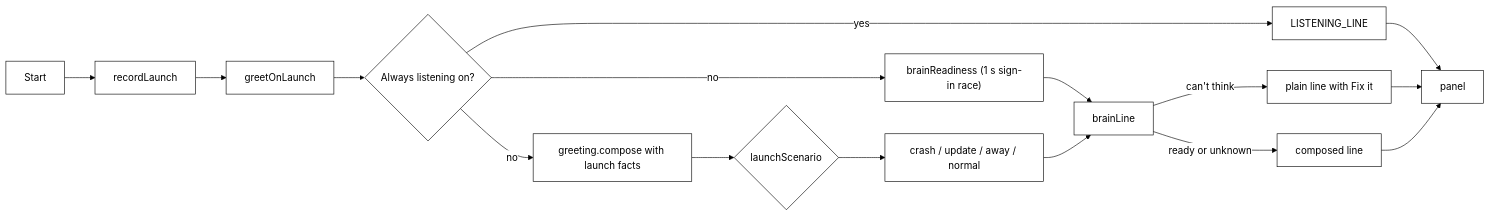
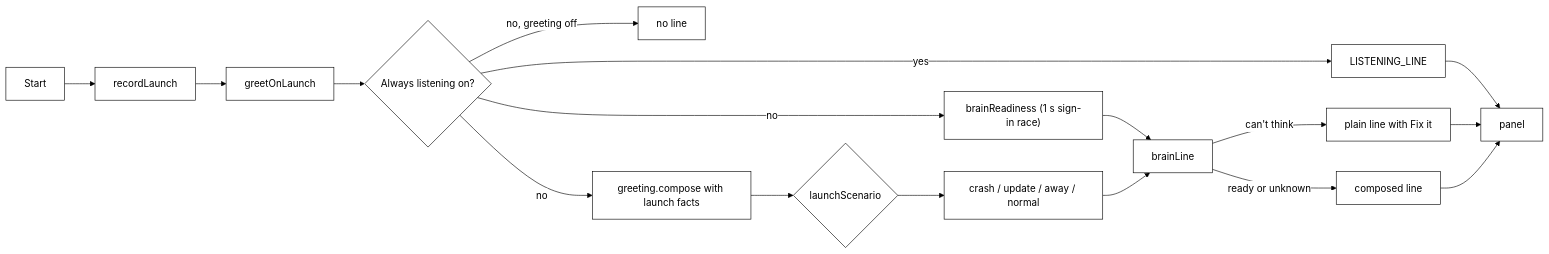
Diagram 12 of 15 in docs/architecture.md (nadeem4/tagalong), drawn with Mermaid before and after one commit. The commit also changed other lines of this file and 3 other files, not shown here.

````diff
--- a/docs/architecture.md
+++ b/docs/architecture.md
@@ -1466,19 +1466,20 @@
 ```mermaid
 %%{init: {"theme": "base", "themeVariables": {"primaryColor": "#ffffff", "primaryTextColor": "#000000", "primaryBorderColor": "#000000", "lineColor": "#000000", "secondaryColor": "#ffffff", "tertiaryColor": "#ffffff", "background": "#ffffff", "clusterBkg": "#ffffff", "clusterBorder": "#000000"}}}%%
 flowchart LR
   S["Start"] --> R["recordLaunch"]
   R --> G["greetOnLaunch"]
   G --> L{"Always listening on?"}
   L -- "yes" --> LL["LISTENING_LINE"]
+  L -- "no, greeting off" --> NL["no line"]
   L -- "no" --> P1["brainReadiness (1 s sign-in race)"]
   L -- "no" --> P2["greeting.compose with launch facts"]
   P2 --> SC{"launchScenario"}
   SC --> C1["crash / update / away / normal"]
   P1 --> BL["brainLine"]
   C1 --> BL
   BL -- "can't think" --> FX["plain line with Fix it"]
   BL -- "ready or unknown" --> CL["composed line"]
   LL --> PN["panel"]
   FX --> PN
   CL --> PN
 ```
````
